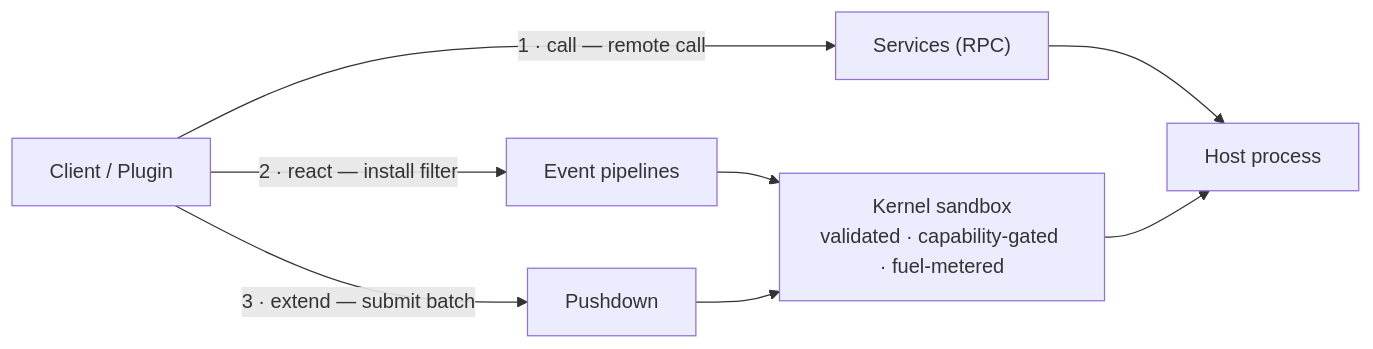
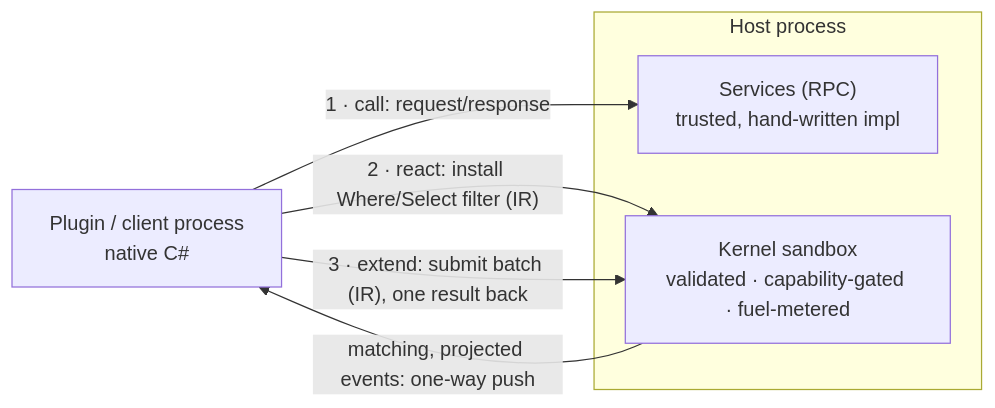
One commit to JKamsker/DotBoxD changed the diagram in docs-site/src/content/docs/overview.md. Above: the diagram before and after it, drawn with Mermaid. The commit also changed other lines of this file and 12 other files, not shown here.

````diff
--- a/docs-site/src/content/docs/overview.md
+++ b/docs-site/src/content/docs/overview.md
@@ -29,10 +32,12 @@
 ```mermaid
 flowchart LR
-    Client["Client / Plugin"] -->|"1 · call — remote call"| Services["Services (RPC)"]
-    Client -->|"2 · react — install filter"| Events["Event pipelines"]
-    Client -->|"3 · extend — submit batch"| Pushdown["Pushdown"]
-    Services --> Host["Host process"]
-    Events --> Sandbox["Kernel sandbox<br/>validated · capability-gated · fuel-metered"]
-    Pushdown --> Sandbox
-    Sandbox --> Host
+    Plugin["Plugin / client process<br/>native C#"]
+    subgraph HostProc["Host process"]
+        Services["Services (RPC)<br/>trusted, hand-written impl"]
+        Sandbox["Kernel sandbox<br/>validated · capability-gated · fuel-metered"]
+    end
+    Plugin -->|"1 · call: request/response"| Services
+    Plugin -->|"2 · react: install Where/Select filter (IR)"| Sandbox
+    Sandbox -->|"matching, projected events: one-way push"| Plugin
+    Plugin -->|"3 · extend: submit batch (IR), one result back"| Sandbox
 ```
````
